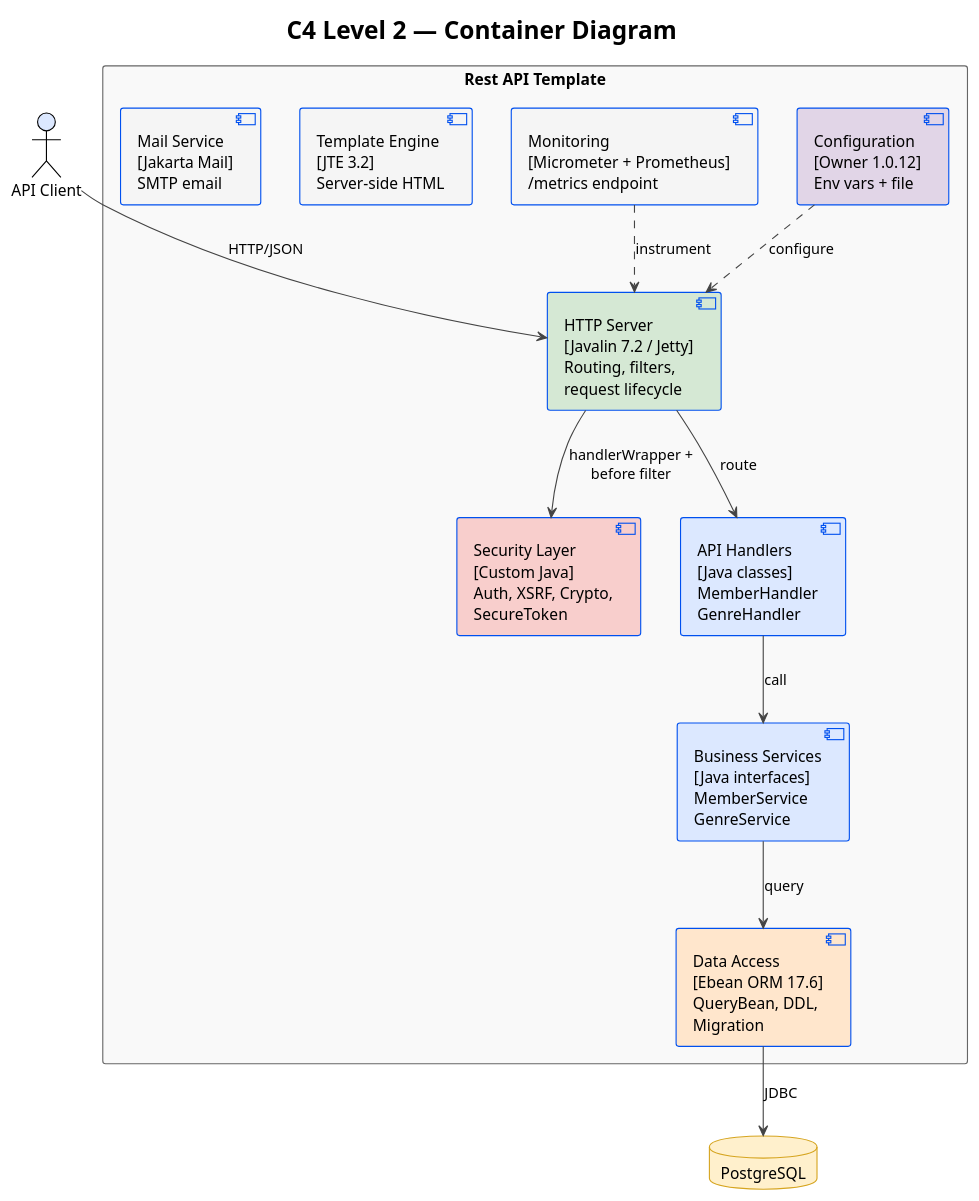
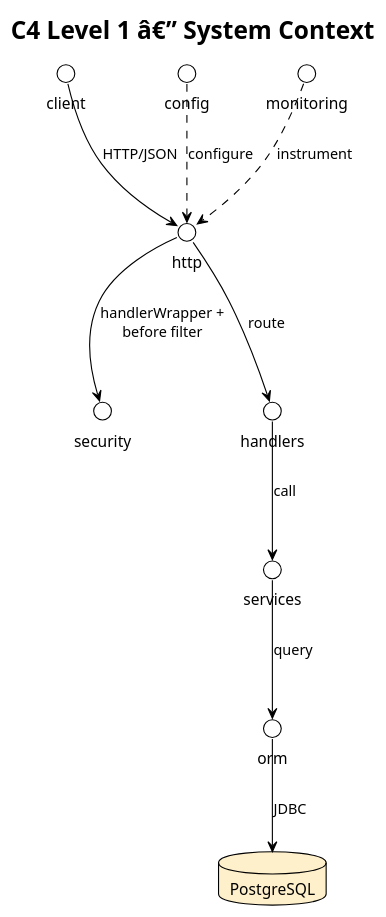
One commit to batzorigt/rest-api-template changed the first of 5 diagrams in docs/architecture.md. Above: the diagram before and after it, drawn with PlantUML. The commit also changed other lines of this file and 4 other files, not shown here.

First line of the commit message:
Security hardening, agent-neutral environment, token-slim docs

````diff
--- a/docs/architecture.md
+++ b/docs/architecture.md
@@ -81,56 +30,19 @@
 ```plantuml
-@startuml C4_Container
+@startuml C4_Context
 !theme plain
-title C4 Level 2 — Container Diagram
+title C4 Level 1 â€” System Context
 
-skinparam rectangle {
-  BorderColor #666666
-  BackgroundColor #f9f9f9
-}
-skinparam component {
-  BorderColor #0050ef
-  BackgroundColor #dce8ff
-}
-skinparam database {
-  BorderColor #d6a520
-  BackgroundColor #fff0cc
-}
-skinparam ArrowColor #444444
-
-actor "API Client" as client #dce8ff
-
-rectangle "Rest API Template" as boundary {
-
-  component "HTTP Server\n[Javalin 7.2 / Jetty]\nRouting, filters,\nrequest lifecycle" as http #d5e8d4
-
-  component "Security Layer\n[Custom Java]\nAuth, XSRF, Crypto,\nSecureToken" as security #f8cecc
-
-  component "API Handlers\n[Java classes]\nMemberHandler\nGenreHandler" as handlers #dce8ff
-
-  component "Business Services\n[Java interfaces]\nMemberService\nGenreService" as services #dce8ff
-
-  component "Data Access\n[Ebean ORM 17.6]\nQueryBean, DDL,\nMigration" as orm #ffe6cc
-
-  component "Configuration\n[Owner 1.0.12]\nEnv vars + file" as config #e1d5e7
-
-  component "Monitoring\n[Micrometer + Prometheus]\n/metrics endpoint" as monitoring #f5f5f5
-
-  component "Template Engine\n[JTE 3.2]\nServer-side HTML" as jte #f5f5f5
-
-  component "Mail Service\n[Jakarta Mail]\nSMTP email" as mail #f5f5f5
-
-}
 
 database "PostgreSQL" as db #fff0cc
 
 client --> http : "HTTP/JSON"
 http --> security : "handlerWrapper +\nbefore filter"
 http --> handlers : "route"
 handlers --> services : "call"
 services --> orm : "query"
 orm --> db : "JDBC"
 config ..> http : "configure"
 monitoring ..> http : "instrument"
 
 @enduml
 ```
````
